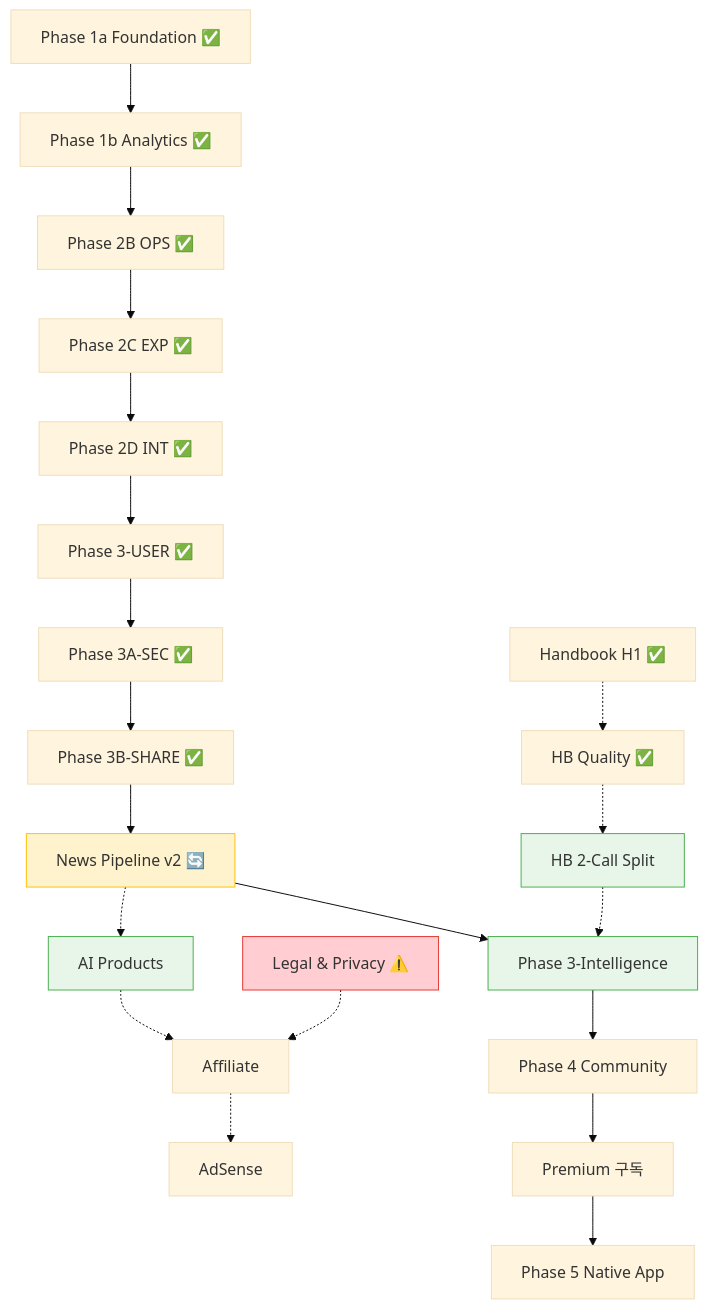
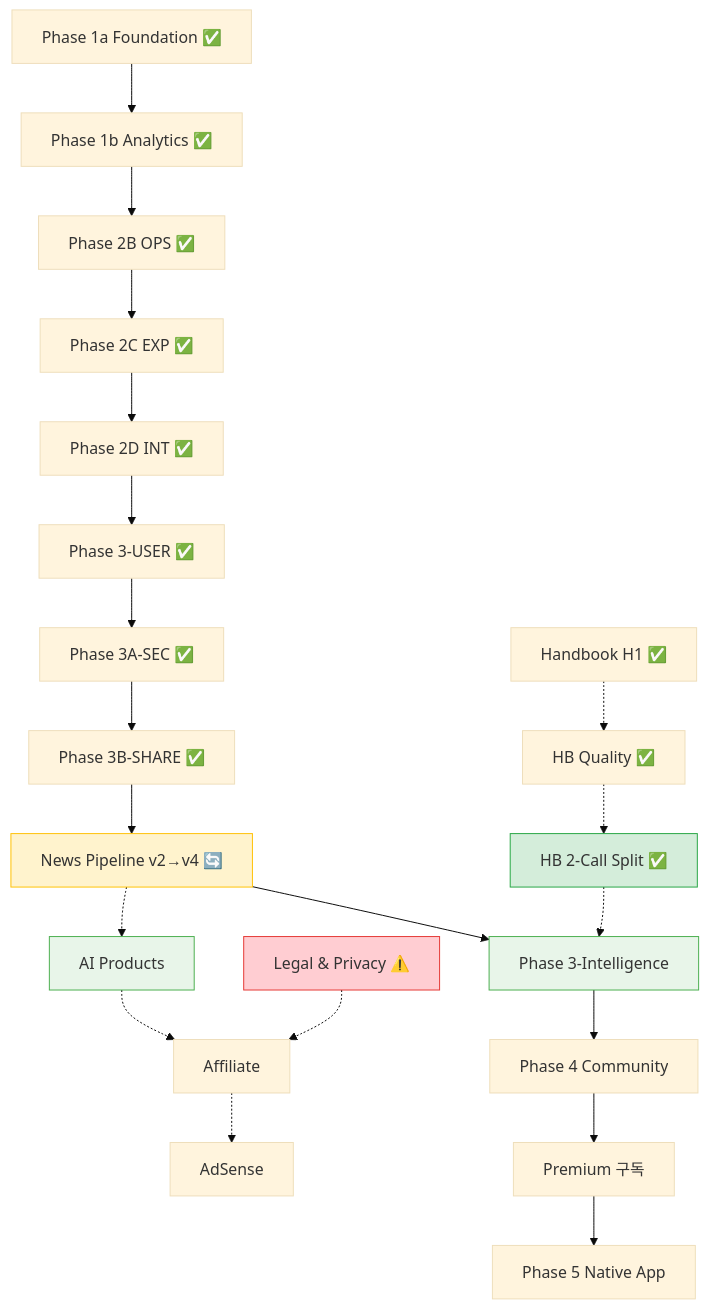
Before and after one commit to x0to1log/0to1log: the diagram in vault/09-Implementation/Implementation-Plan.md, drawn with Mermaid (base theme). The commit also changed other lines of this file and 1 other file, not shown here.

Commit message:
docs(vault): update implementation plan and phase flow

````diff
--- a/vault/09-Implementation/Implementation-Plan.md
+++ b/vault/09-Implementation/Implementation-Plan.md
@@ -40,31 +40,31 @@
 ```mermaid
 flowchart TD
   P1A[Phase 1a Foundation ✅] --> P1B[Phase 1b Analytics ✅]
   P1B --> P2B[Phase 2B OPS ✅]
   P2B --> P2C[Phase 2C EXP ✅]
   P2C --> P2D[Phase 2D INT ✅]
   P2D --> P3U[Phase 3-USER ✅]
   P3U --> P3SEC[Phase 3A-SEC ✅]
   P3SEC --> P3SHARE[Phase 3B-SHARE ✅]
-  P3SHARE --> NP2[News Pipeline v2 🔄]
-  NP2 --> P3I[Phase 3-Intelligence]
+  P3SHARE --> NP4[News Pipeline v2→v4 🔄]
+  NP4 --> P3I[Phase 3-Intelligence]
 
   H1[Handbook H1 ✅] -.-> HQ[HB Quality ✅]
-  HQ -.-> HB2[HB 2-Call Split]
+  HQ -.-> HB2[HB 2-Call Split ✅]
   HB2 -.-> P3I
 
-  NP2 -.-> AIP[AI Products]
+  NP4 -.-> AIP[AI Products]
   AIP -.-> AFF[Affiliate]
   AFF -.-> ADS[AdSense]
   P3I --> P4[Phase 4 Community]
   P4 --> PREM[Premium 구독]
   PREM --> P5[Phase 5 Native App]
 
   LEGAL[Legal & Privacy ⚠️] -.-> AFF
 
-  style NP2 fill:#fff3cd,stroke:#ffc107
+  style NP4 fill:#fff3cd,stroke:#ffc107
   style P3I fill:#e8f5e9,stroke:#4caf50
-  style HB2 fill:#e8f5e9,stroke:#4caf50
+  style HB2 fill:#d4edda,stroke:#28a745
   style AIP fill:#e8f5e9,stroke:#4caf50
   style LEGAL fill:#ffcdd2,stroke:#e53935
 ```
````
